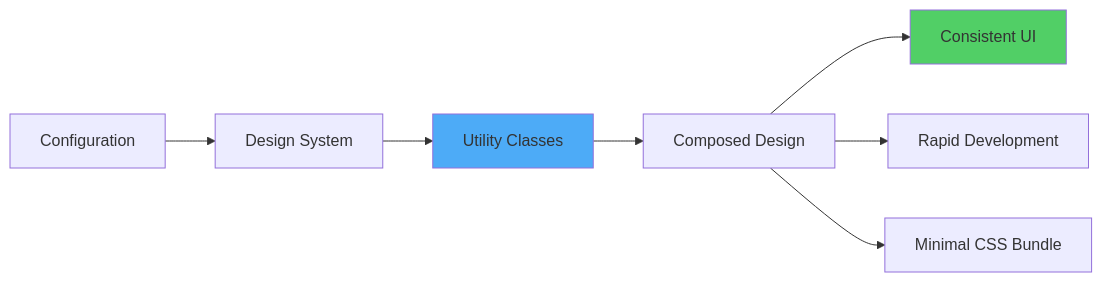
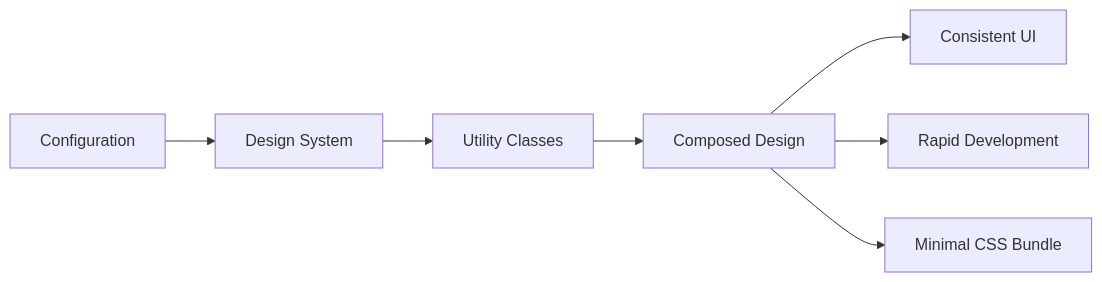
Before and after one commit to BabaScience/react-guides: the fourth of 6 diagrams in arguments/chapters/04-react-styling.md, drawn with Mermaid. The commit also changed other lines of this file and 29 other files, not shown here.

First line of the commit message:
Bring React FR/IT translations to full English parity + theme-safe diagrams

````diff
--- a/arguments/chapters/04-react-styling.md
+++ b/arguments/chapters/04-react-styling.md
@@ -1295,13 +1288,11 @@
 ```mermaid
 graph LR
     A[Utility Classes] --> B[Composed Design]
     C[Design System] --> A
     D[Configuration] --> C
     
     B --> E[Consistent UI]
     B --> F[Rapid Development]
     B --> G[Minimal CSS Bundle]
     
-    style A fill:#4dabf7
-    style E fill:#51cf66
 ```
````
